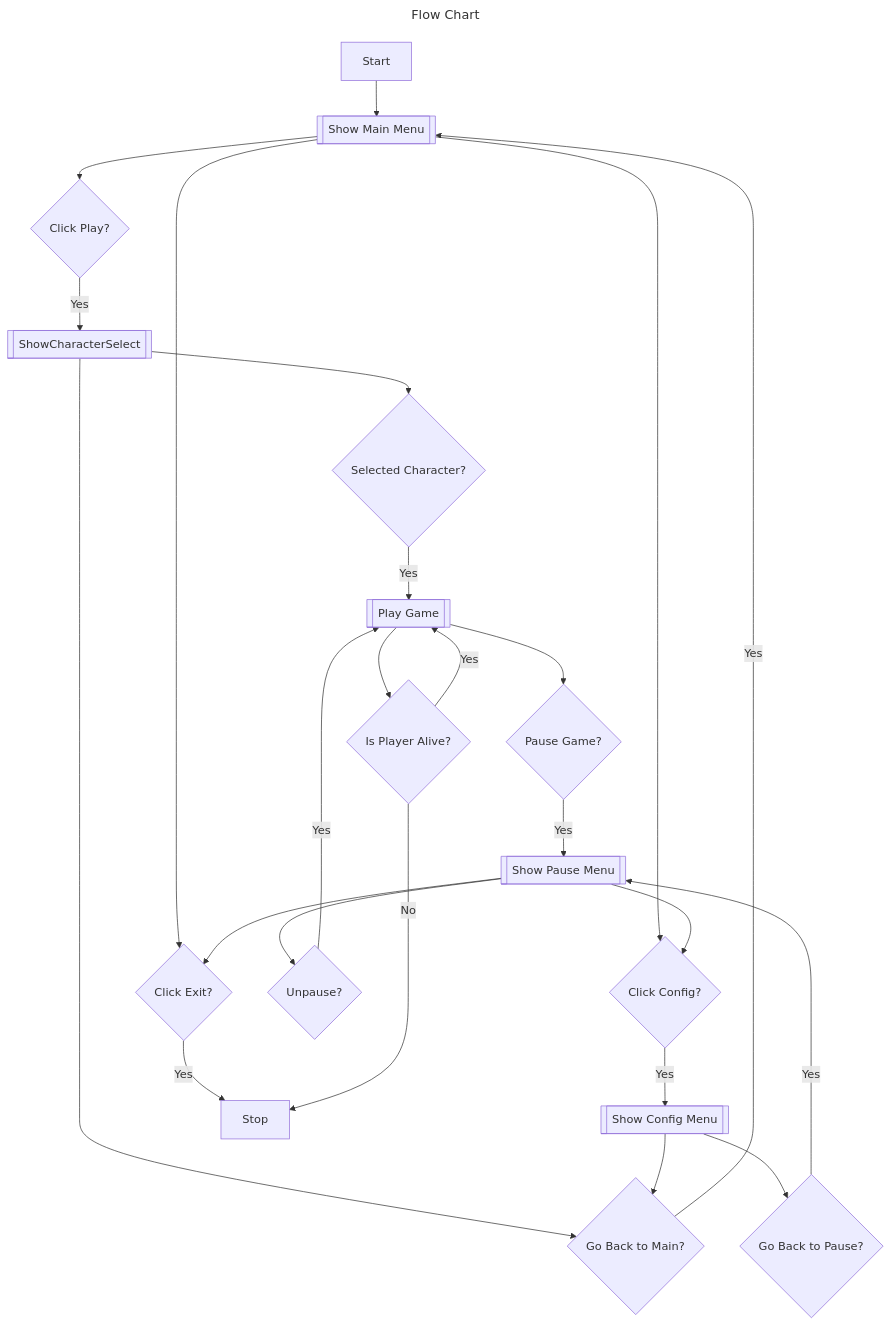
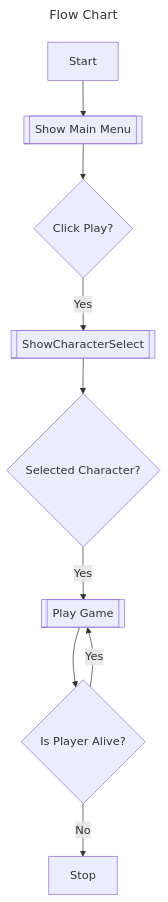
Before and after one commit to robeecodes/metal-mansion: the diagram in diagrams/flow-chart.mmd, drawn with Mermaid. The commit also changed 2 other files, not shown here.

Commit message:
docs: update diagrams

```diff
--- a/diagrams/flow-chart.mmd
+++ b/diagrams/flow-chart.mmd
@@ -1,47 +1,23 @@
 ---
 title: Flow Chart
 ---
 
 flowchart TD
     ShowMainMenu[[Show Main Menu]]
     ClickPlay{Click Play?}
-    ClickExit{Click Exit?}
-    ClickConfig{Click Config?}
-    GoBackToMain{Go Back to Main?}
 
 
     ShowCharacterSelect[[ShowCharacterSelect]]
     SelectedCharacter{Selected Character?}
     PlayGame[[Play Game]]
-    Pause{Pause Game?}
-    ShowPauseMenu[[Show Pause Menu]]
-    Unpause{Unpause?}
     IsPlayerAlive?{Is Player Alive?}
-    GoBackToPause{Go Back?}
-    GoBackToPause{Go Back to Pause?}
-
-    ShowConfigMenu[[Show Config Menu]]
 
     Start --> ShowMainMenu
     ShowMainMenu --> ClickPlay
     ClickPlay -- Yes --> ShowCharacterSelect
-    ShowCharacterSelect --> GoBackToMain
-    GoBackToMain -- Yes --> ShowMainMenu
-    ShowMainMenu --> ClickExit
-    ClickExit -- Yes --> Stop
-
-    ShowMainMenu --> ClickConfig
-    ClickConfig -- Yes --> ShowConfigMenu
-    ShowConfigMenu --> GoBackToMain
 
     ShowCharacterSelect --> SelectedCharacter
     SelectedCharacter -- Yes --> PlayGame
 
-    PlayGame --> Pause
-    Pause -- Yes --> ShowPauseMenu
-    ShowPauseMenu --> ClickExit
-    ShowPauseMenu --> ClickConfig
-    ShowConfigMenu --> GoBackToPause -- Yes --> ShowPauseMenu
-    ShowPauseMenu --> Unpause -- Yes --> PlayGame
     PlayGame --> IsPlayerAlive? -- Yes --> PlayGame
     IsPlayerAlive? -- No --> Stop
```
